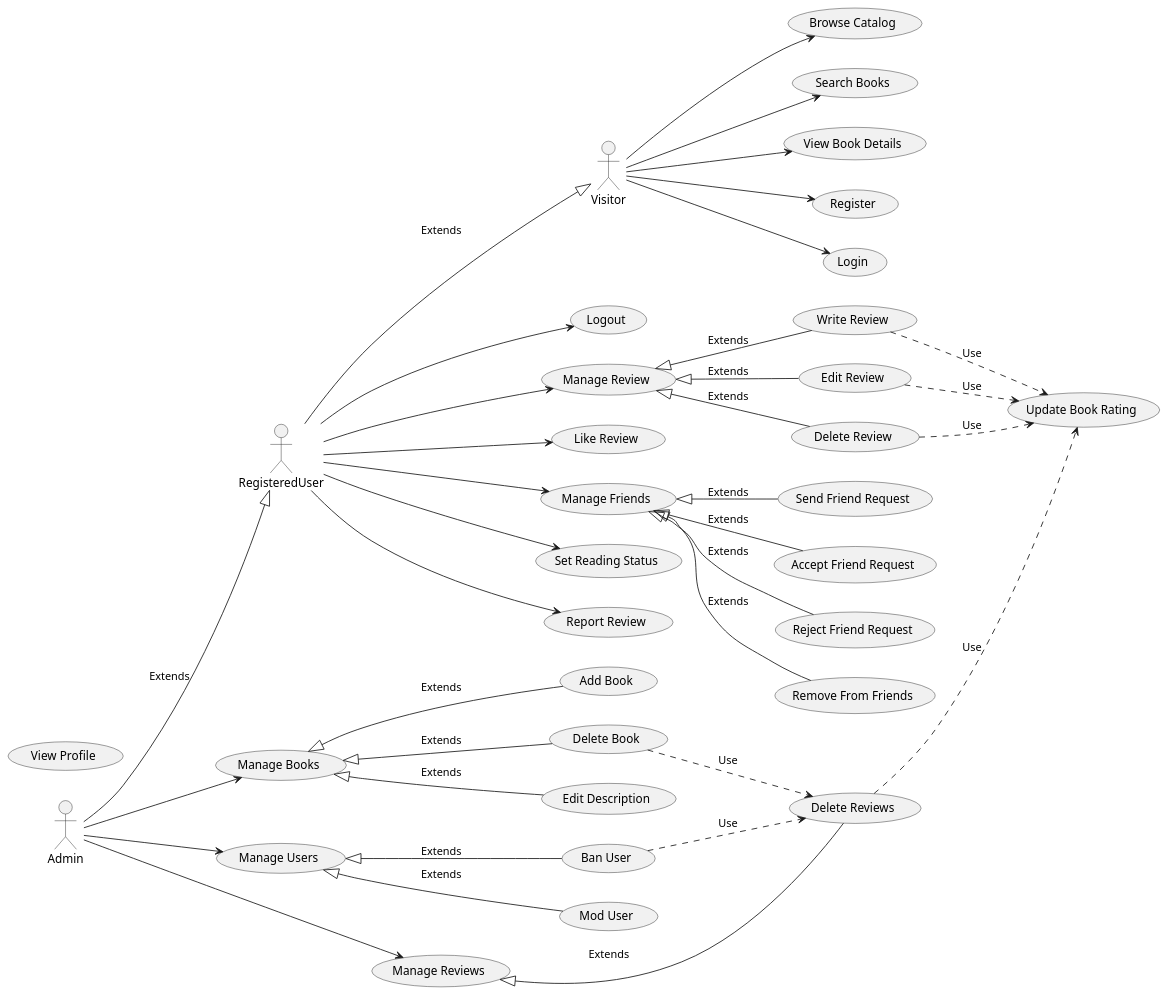
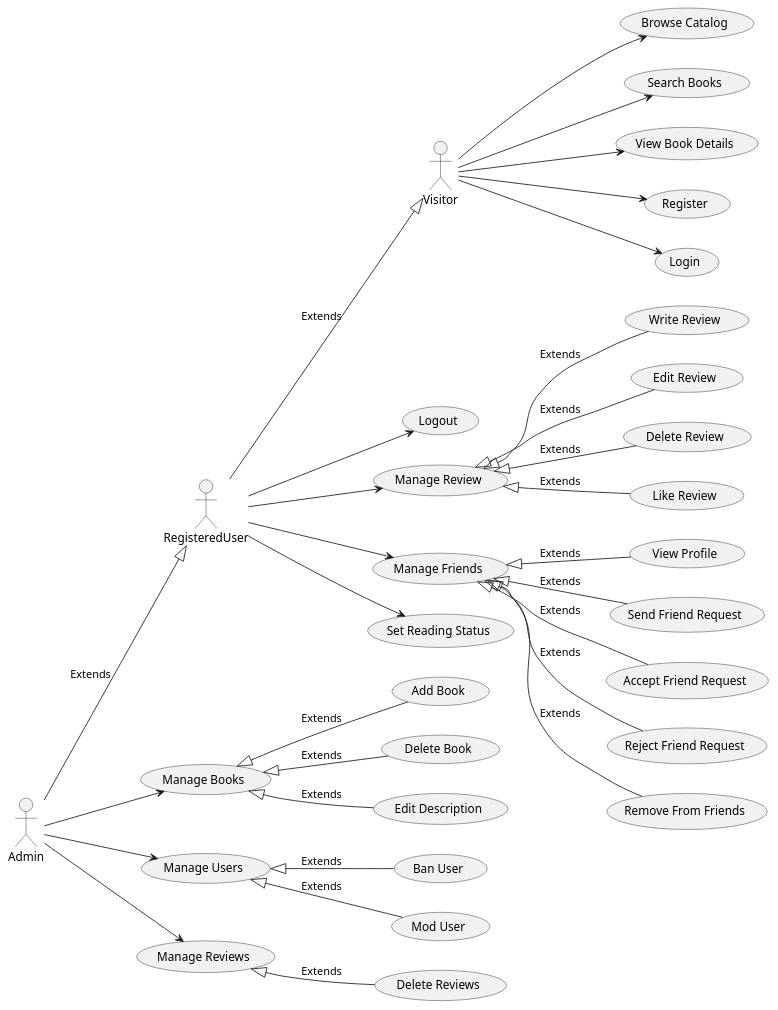
The diagram in lab2/src/UseCase.puml (FruitPug/components-of-software-engineering-labs), drawn with PlantUML before and after one commit. The commit also changed 2 other files, not shown here.

Commit message:
fixed issues after review

```diff
--- a/lab2/src/UseCase.puml
+++ b/lab2/src/UseCase.puml
@@ -1,87 +1,76 @@
 @startuml
 left to right direction
 
 actor Visitor
 actor RegisteredUser
 actor Admin
 
 Admin --|> RegisteredUser : Extends
 RegisteredUser --|> Visitor : Extends 
 
 usecase "Browse Catalog" as UC_Browse
 usecase "Search Books" as UC_Search
 usecase "View Book Details" as UC_ViewBook
 usecase "Register" as UC_Register
 usecase "Login" as UC_Login
 
 usecase "Logout" as UC_Logout
 usecase "Manage Review" as UC_ManageReview
 usecase "Write Review" as UC_WriteReview
 usecase "Edit Review" as UC_EditReview
 usecase "Delete Review" as UC_DeleteReview
 usecase "Like Review" as UC_LikeReview
 usecase "View Profile" as UC_ViewProfile
 usecase "Manage Friends" as UC_ManageFriends
 usecase "Send Friend Request" as UC_SendFriendRequest
 usecase "Accept Friend Request" as UC_AcceptFriendRequest
 usecase "Reject Friend Request" as UC_RejectFriendRequest
 usecase "Remove From Friends" as UC_RemoveFromFriends
 usecase "Set Reading Status" as UC_Status
-usecase "Report Review" as UC_ReportReview
-
-usecase "Update Book Rating" as UC_UpdateRating
 
 usecase "Manage Books" as UC_ManageBooks
 usecase "Manage Users" as UC_ManageUsers
 usecase "Manage Reviews" as UC_ManageAllReviews
 usecase "Add Book" as UC_AddBook
 usecase "Delete Book" as UC_DeleteBook
 usecase "Edit Description" as UC_EditDescription
 usecase "Ban User" as UC_BanUser
 usecase "Mod User" as UC_ModUser
 usecase "Delete Reviews" as UC_DeleteReviews
 
 Visitor --> UC_Browse
 Visitor --> UC_Search
 Visitor --> UC_ViewBook
 Visitor --> UC_Register
 Visitor --> UC_Login
 
 RegisteredUser --> UC_Logout
 RegisteredUser --> UC_ManageReview
-RegisteredUser --> UC_LikeReview
 RegisteredUser --> UC_ManageFriends
 RegisteredUser --> UC_Status
-RegisteredUser --> UC_ReportReview
 
 Admin --> UC_ManageBooks
 Admin --> UC_ManageUsers
 Admin --> UC_ManageAllReviews
 
-UC_WriteReview ..> UC_UpdateRating : Use
-UC_EditReview ..> UC_UpdateRating : Use
-UC_DeleteReview ..> UC_UpdateRating : Use
-
-UC_DeleteBook ..> UC_DeleteReviews : Use
-UC_BanUser ..> UC_DeleteReviews : Use
-UC_DeleteReviews ..> UC_UpdateRating : Use
-
 UC_ManageFriends  <|-- UC_SendFriendRequest : Extends
 UC_ManageFriends  <|-- UC_AcceptFriendRequest : Extends
 UC_ManageFriends  <|-- UC_RejectFriendRequest : Extends
 UC_ManageFriends  <|-- UC_RemoveFromFriends : Extends
+UC_ManageFriends  <|-- UC_ViewProfile : Extends
 
 UC_ManageReview <|-- UC_WriteReview : Extends
 UC_ManageReview <|-- UC_EditReview : Extends
 UC_ManageReview <|-- UC_DeleteReview : Extends
+UC_ManageReview <|-- UC_LikeReview : Extends
 
 UC_ManageBooks <|-- UC_AddBook : Extends
 UC_ManageBooks <|-- UC_DeleteBook : Extends
 UC_ManageBooks <|-- UC_EditDescription : Extends
 
 UC_ManageUsers <|-- UC_BanUser : Extends
 UC_ManageUsers <|-- UC_ModUser : Extends
 
 UC_ManageAllReviews  <|-- UC_DeleteReviews : Extends
 
 @enduml
```
